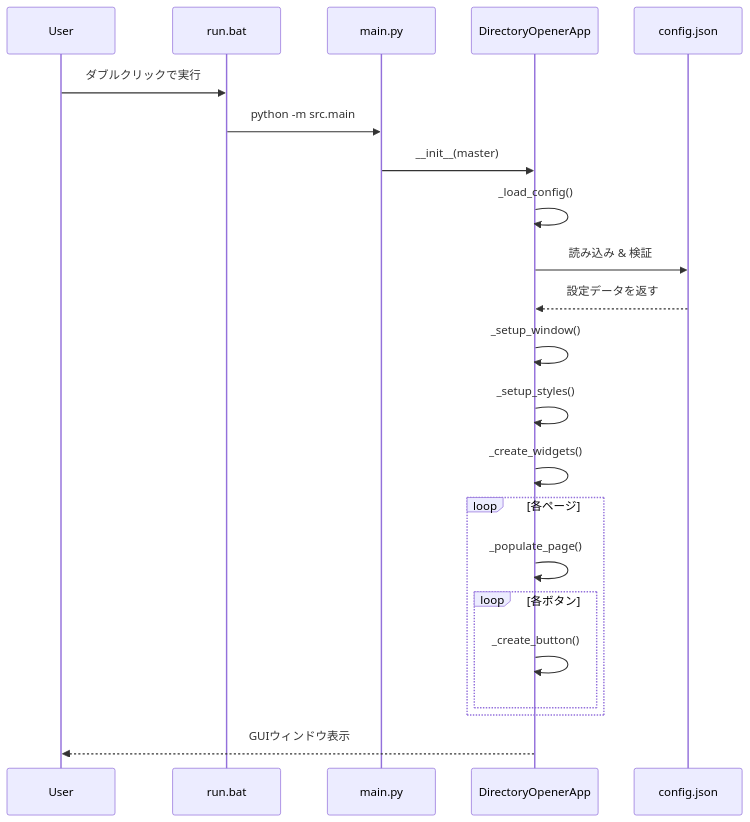
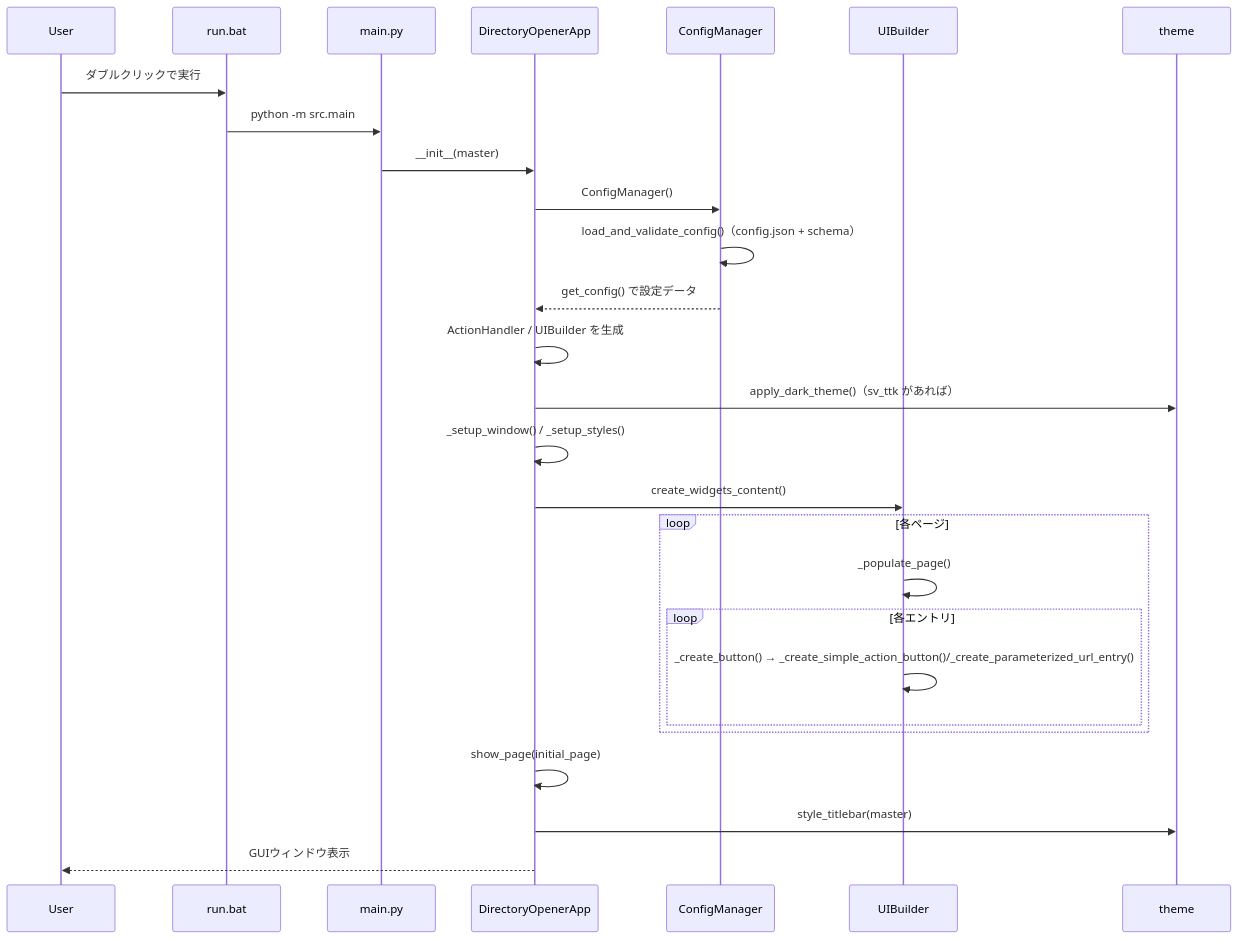
One commit to kageyama-aoi/Python changed the diagram in 81_open_shortcut/docs/diagrams/startup_sequence.md. Above: the diagram before and after it, drawn with Mermaid. The commit also changed 5 other files, not shown here.

````diff
--- a/81_open_shortcut/docs/diagrams/startup_sequence.md
+++ b/81_open_shortcut/docs/diagrams/startup_sequence.md
@@ -1,25 +1,32 @@
 ```mermaid
 sequenceDiagram
     participant User
     participant run.bat
     participant main.py
     participant App as DirectoryOpenerApp
-    participant config.json
+    participant CM as ConfigManager
+    participant Builder as UIBuilder
+    participant theme
 
     User->>run.bat: ダブルクリックで実行
     run.bat->>main.py: python -m src.main
     main.py->>App: __init__(master)
-    App->>App: _load_config()
-    App->>config.json: 読み込み & 検証
-    config.json-->>App: 設定データを返す
-    App->>App: _setup_window()
-    App->>App: _setup_styles()
-    App->>App: _create_widgets()
+
+    App->>CM: ConfigManager()
+    CM->>CM: load_and_validate_config()（config.json + schema）
+    CM-->>App: get_config() で設定データ
+
+    App->>App: ActionHandler / UIBuilder を生成
+    App->>theme: apply_dark_theme()（sv_ttk があれば）
+    App->>App: _setup_window() / _setup_styles()
+    App->>Builder: create_widgets_content()
     loop 各ページ
-        App->>App: _populate_page()
-        loop 各ボタン
-            App->>App: _create_button()
+        Builder->>Builder: _populate_page()
+        loop 各エントリ
+            Builder->>Builder: _create_button() → _create_simple_action_button()/_create_parameterized_url_entry()
         end
     end
+    App->>App: show_page(initial_page)
+    App->>theme: style_titlebar(master)
     App-->>User: GUIウィンドウ表示
 ```
````
